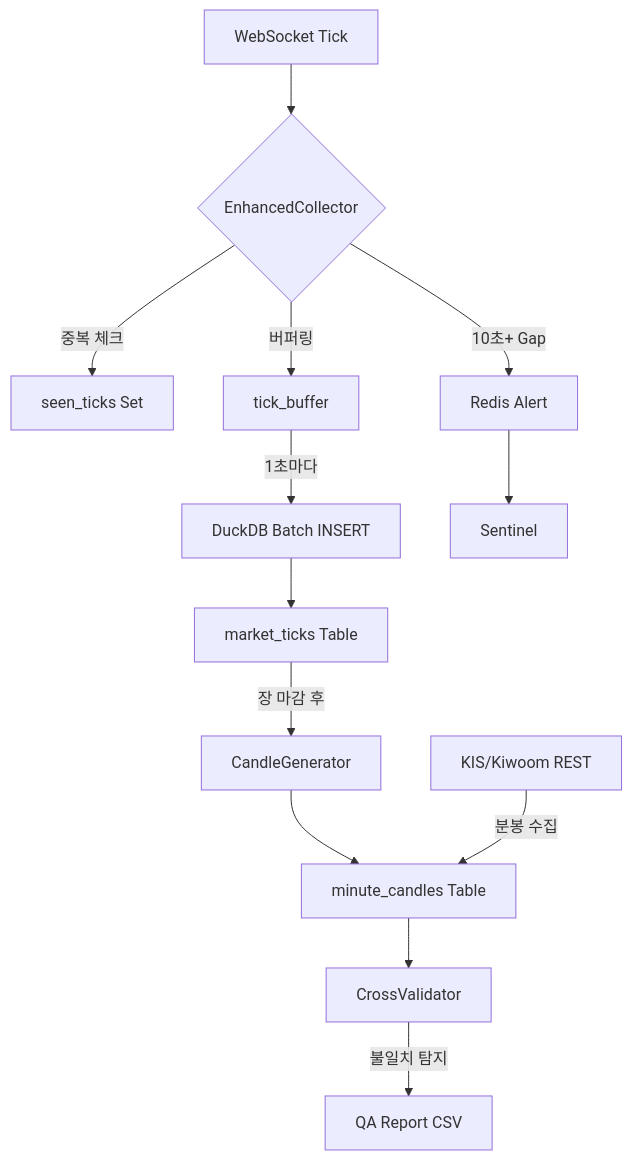
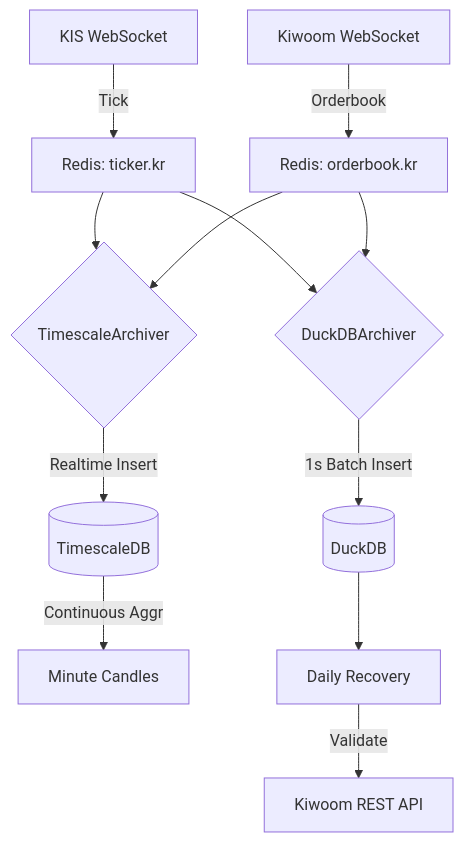
One commit to Johnssonslotion/stock_monitoring changed the diagram in docs/rfc/RFC-008-tick-completeness-qa.md. Above: the diagram before and after it, drawn with Mermaid. The commit also changed other lines of this file and 3 other files, not shown here.

Commit message:
docs: update RFC-008 and add hybrid architecture ideas

````diff
--- a/docs/rfc/RFC-008-tick-completeness-qa.md
+++ b/docs/rfc/RFC-008-tick-completeness-qa.md
@@ -81,20 +79,17 @@
 ```mermaid
 graph TD
-    A[WebSocket Tick] --> B{EnhancedCollector}
-    B -->|중복 체크| C[seen_ticks Set]
-    B -->|버퍼링| D[tick_buffer]
-    D -->|1초마다| E[DuckDB Batch INSERT]
+    KIS[KIS WebSocket] -->|Tick| A[Redis: ticker.kr]
+    KW[Kiwoom WebSocket] -->|Orderbook| B[Redis: orderbook.kr]
     
-    E --> F[market_ticks Table]
+    A --> C{TimescaleArchiver}
+    B --> C
+    C -->|Realtime Insert| D[(TimescaleDB)]
+    D -->|Continuous Aggr| E[Minute Candles]
     
-    F -->|장 마감 후| G[CandleGenerator]
-    G --> H[minute_candles Table]
+    A --> F{DuckDBArchiver}
+    B --> F
+    F -->|1s Batch Insert| G[(DuckDB)]
     
-    I[KIS/Kiwoom REST] -->|분봉 수집| H
-    
-    H --> J[CrossValidator]
-    J -->|불일치 탐지| K[QA Report CSV]
-    
-    B -->|10초+ Gap| L[Redis Alert]
-    L --> M[Sentinel]
+    G --> H[Daily Recovery]
+    H -->|Validate| I[Kiwoom REST API]
 ```
````
